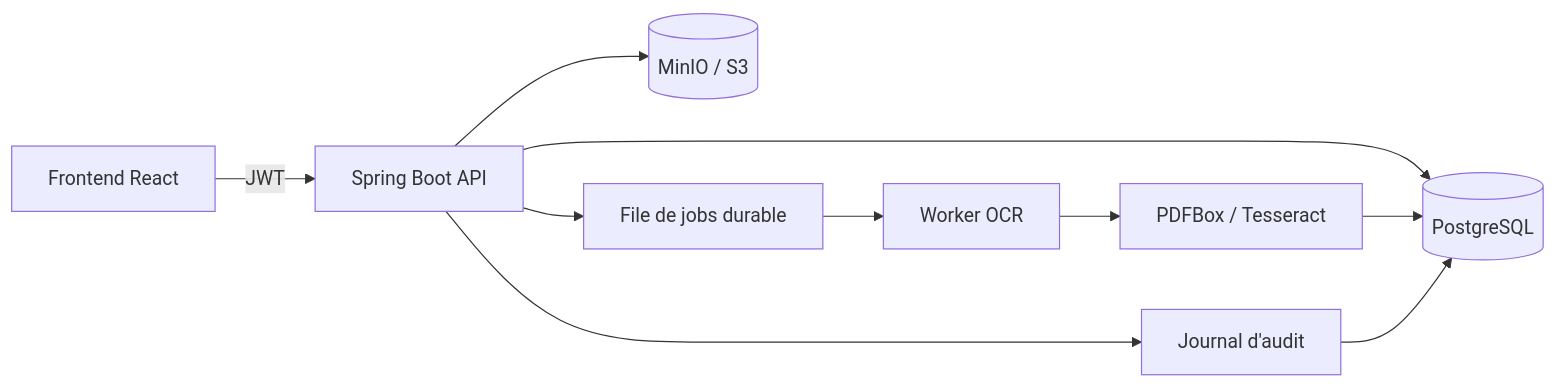
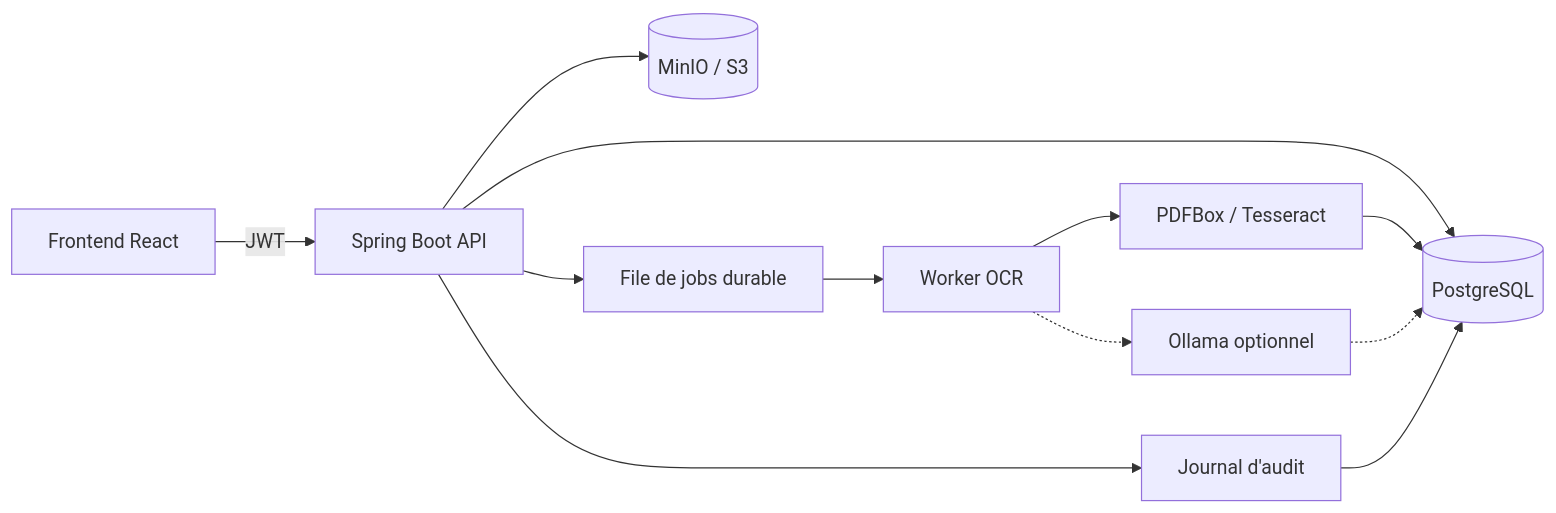
The first of 2 diagrams in document-extraction-api/README.md (BenkadourKhaled/document-extraction-projects), drawn with Mermaid before and after one commit. The commit also changed other lines of this file and 6 other files, not shown here.

````diff
--- a/document-extraction-api/README.md
+++ b/document-extraction-api/README.md
@@ -154,12 +154,14 @@
 ```mermaid
 flowchart LR
     A[Frontend React] -->|JWT| B[Spring Boot API]
     B --> C[(PostgreSQL)]
     B --> D[(MinIO / S3)]
     B --> E[File de jobs durable]
     E --> F[Worker OCR]
     F --> G[PDFBox / Tesseract]
     G --> C
+    F -.-> I[Ollama optionnel]
+    I -.-> C
     B --> H[Journal d'audit]
     H --> C
 ```
````
